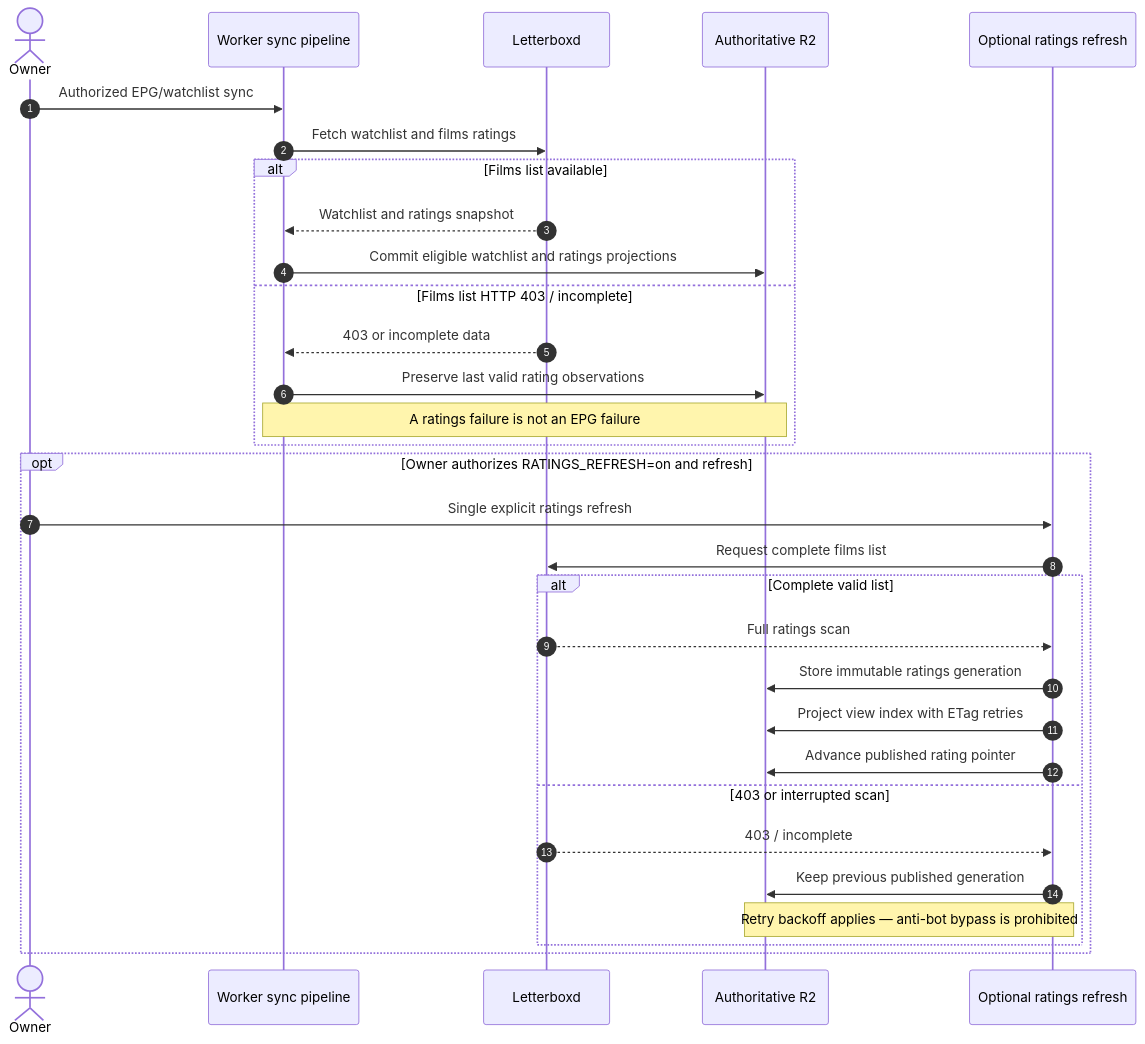
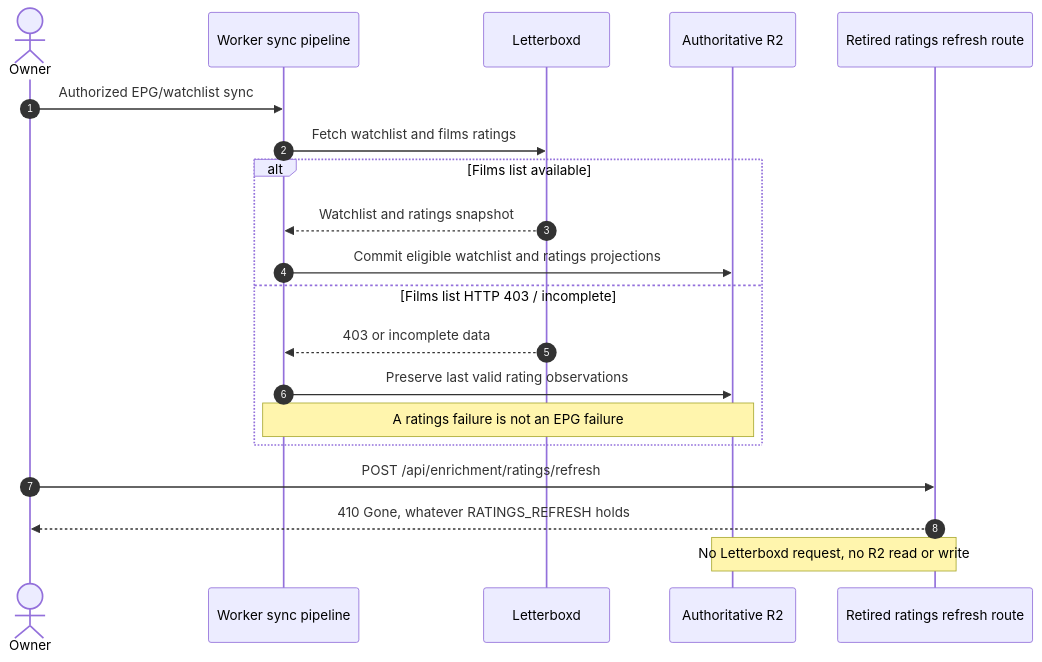
The first of 2 diagrams in docs/architecture/letterboxd-ingestion.md (vladimino/iptv-watchlist), drawn with Mermaid before and after one commit. The commit also changed other lines of this file and 10 other files, not shown here.

First line of the commit message:
AIR-92: retire the ratings-only refresh (410 Gone, ADR 0040)

````diff
--- a/docs/architecture/letterboxd-ingestion.md
+++ b/docs/architecture/letterboxd-ingestion.md
@@ -5,33 +5,22 @@
 ```mermaid
 sequenceDiagram
     autonumber
     actor Owner
     participant Sync as Worker sync pipeline
     participant LB as Letterboxd
     participant R2 as Authoritative R2
-    participant Refresh as Optional ratings refresh
+    participant Retired as Retired ratings refresh route
     Owner->>Sync: Authorized EPG/watchlist sync
     Sync->>LB: Fetch watchlist and films ratings
     alt Films list available
         LB-->>Sync: Watchlist and ratings snapshot
         Sync->>R2: Commit eligible watchlist and ratings projections
     else Films list HTTP 403 / incomplete
         LB-->>Sync: 403 or incomplete data
         Sync->>R2: Preserve last valid rating observations
         Note over Sync,R2: A ratings failure is not an EPG failure
     end
-    opt Owner authorizes RATINGS_REFRESH=on and refresh
-        Owner->>Refresh: Single explicit ratings refresh
-        Refresh->>LB: Request complete films list
-        alt Complete valid list
-            LB-->>Refresh: Full ratings scan
-            Refresh->>R2: Store immutable ratings generation
-            Refresh->>R2: Project view index with ETag retries
-            Refresh->>R2: Advance published rating pointer
-        else 403 or interrupted scan
-            LB-->>Refresh: 403 / incomplete
-            Refresh->>R2: Keep previous published generation
-            Note over Refresh,R2: Retry backoff applies — anti-bot bypass is prohibited
-        end
-    end
+    Owner->>Retired: POST /api/enrichment/ratings/refresh
+    Retired-->>Owner: 410 Gone, whatever RATINGS_REFRESH holds
+    Note over Retired,R2: No Letterboxd request, no R2 read or write
 ```
````
